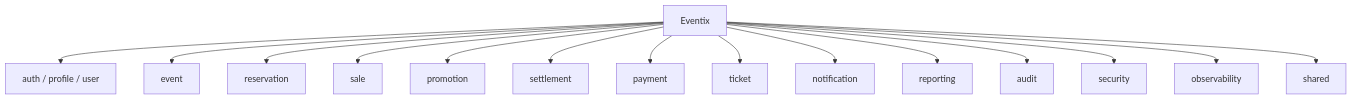
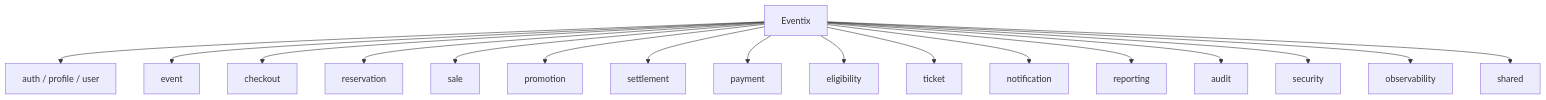
The second of 8 diagrams in docs/ARCHITECTURE.md (Jairo0811/Eventix), drawn with Mermaid before and after one commit. The commit also changed other lines of this file and 19 other files, not shown here.

````diff
--- a/docs/ARCHITECTURE.md
+++ b/docs/ARCHITECTURE.md
@@ -39,18 +39,20 @@
 ```mermaid
 flowchart TB
     Platform["Eventix"]
     Platform --> Auth["auth / profile / user"]
     Platform --> Events["event"]
+    Platform --> Checkout["checkout"]
     Platform --> Reservations["reservation"]
     Platform --> Sales["sale"]
     Platform --> Promotions["promotion"]
     Platform --> Settlements["settlement"]
     Platform --> Payments["payment"]
+    Platform --> Eligibility["eligibility"]
     Platform --> Tickets["ticket"]
     Platform --> Notifications["notification"]
     Platform --> Reporting["reporting"]
     Platform --> Audit["audit"]
     Platform --> Security["security"]
     Platform --> Observability["observability"]
     Platform --> Shared["shared"]
 ```
````
